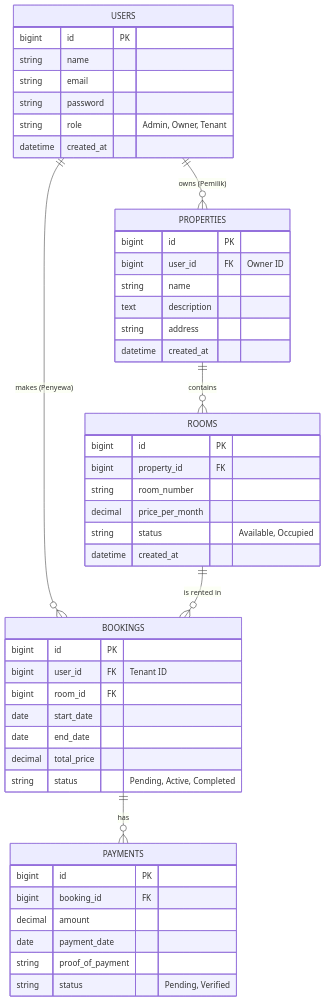
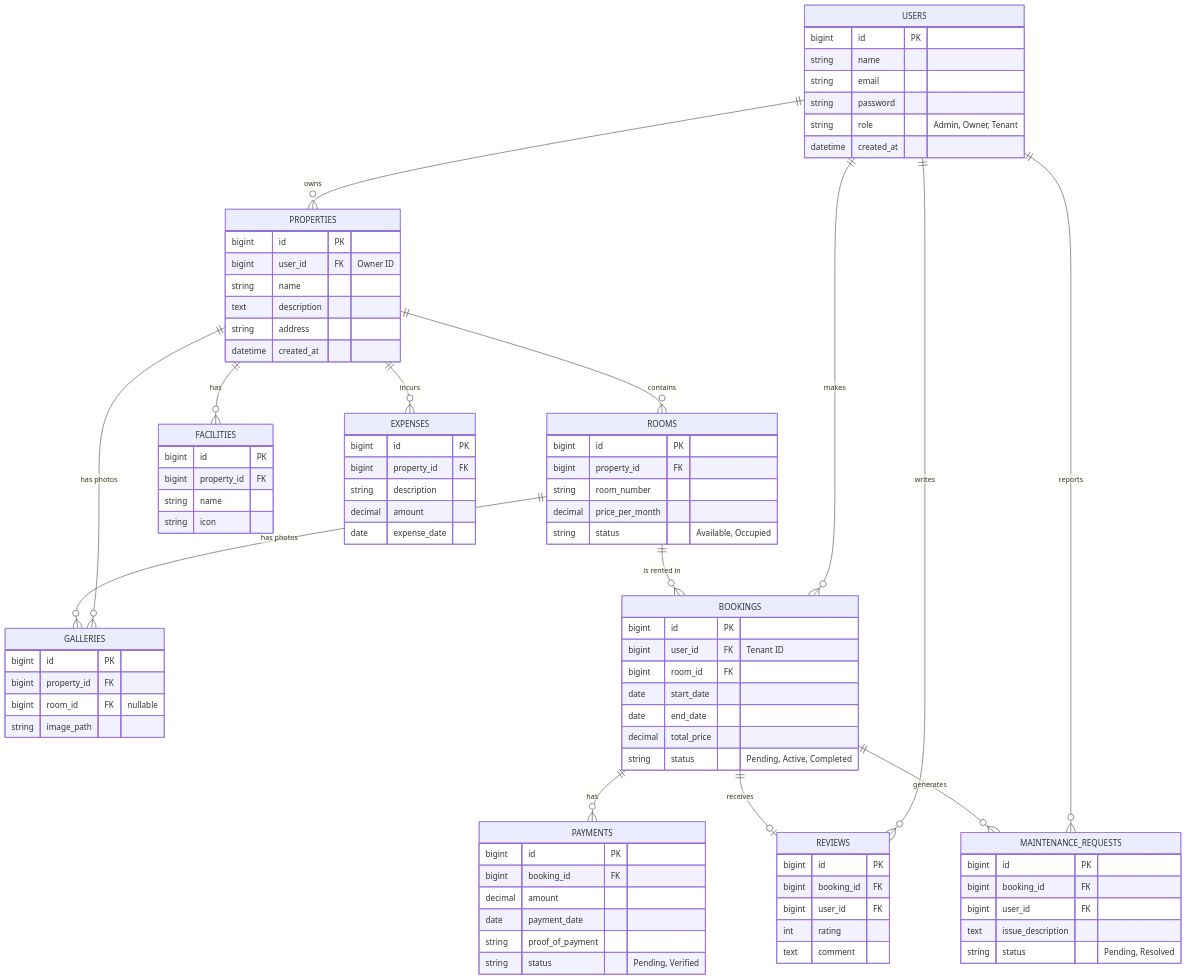
The diagram in PRD.md (asdarrosmawati-maker/sistem_sewa_properti-kos-kosan), drawn with Mermaid before and after one commit. The commit also changed other lines of this file and 10 other files, not shown here.

Commit message:
docs: memecah PRD menjadi 10 task terukur dan update ERD

````diff
--- a/PRD.md
+++ b/PRD.md
@@ -111,7 +126,28 @@
         string room_number
         decimal price_per_month
         string status "Available, Occupied"
-        datetime created_at
+    }
+    
+    FACILITIES {
+        bigint id PK
+        bigint property_id FK
+        string name
+        string icon
+    }
+    
+    GALLERIES {
+        bigint id PK
+        bigint property_id FK
+        bigint room_id FK "nullable"
+        string image_path
+    }
+    
+    EXPENSES {
+        bigint id PK
+        bigint property_id FK
+        string description
+        decimal amount
+        date expense_date
     }
     
     BOOKINGS {
@@ -132,11 +168,38 @@
         string proof_of_payment
         string status "Pending, Verified"
     }
+    
+    REVIEWS {
+        bigint id PK
+        bigint booking_id FK
+        bigint user_id FK
+        int rating
+        text comment
+    }
+    
+    MAINTENANCE_REQUESTS {
+        bigint id PK
+        bigint booking_id FK
+        bigint user_id FK
+        text issue_description
+        string status "Pending, Resolved"
+    }
 
     %% Relasi (Relationships)
-    USERS ||--o{ PROPERTIES : "owns (Pemilik)"
-    USERS ||--o{ BOOKINGS : "makes (Penyewa)"
+    USERS ||--o{ PROPERTIES : "owns"
+    USERS ||--o{ BOOKINGS : "makes"
+    USERS ||--o{ REVIEWS : "writes"
+    USERS ||--o{ MAINTENANCE_REQUESTS : "reports"
+    
     PROPERTIES ||--o{ ROOMS : "contains"
+    PROPERTIES ||--o{ FACILITIES : "has"
+    PROPERTIES ||--o{ GALLERIES : "has photos"
+    PROPERTIES ||--o{ EXPENSES : "incurs"
+    
     ROOMS ||--o{ BOOKINGS : "is rented in"
+    ROOMS ||--o{ GALLERIES : "has photos"
+    
     BOOKINGS ||--o{ PAYMENTS : "has"
+    BOOKINGS ||--o| REVIEWS : "receives"
+    BOOKINGS ||--o{ MAINTENANCE_REQUESTS : "generates"
 ```
````
